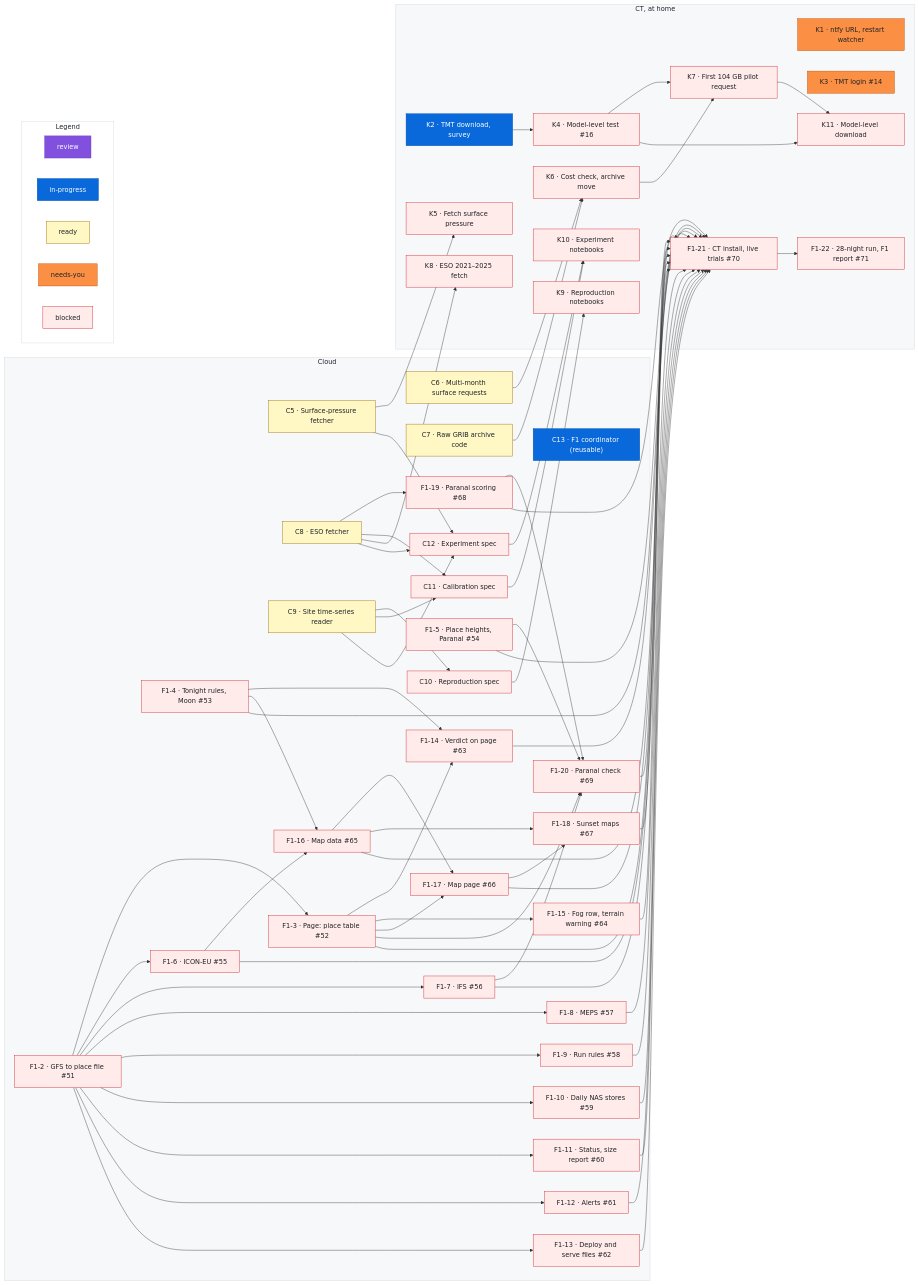
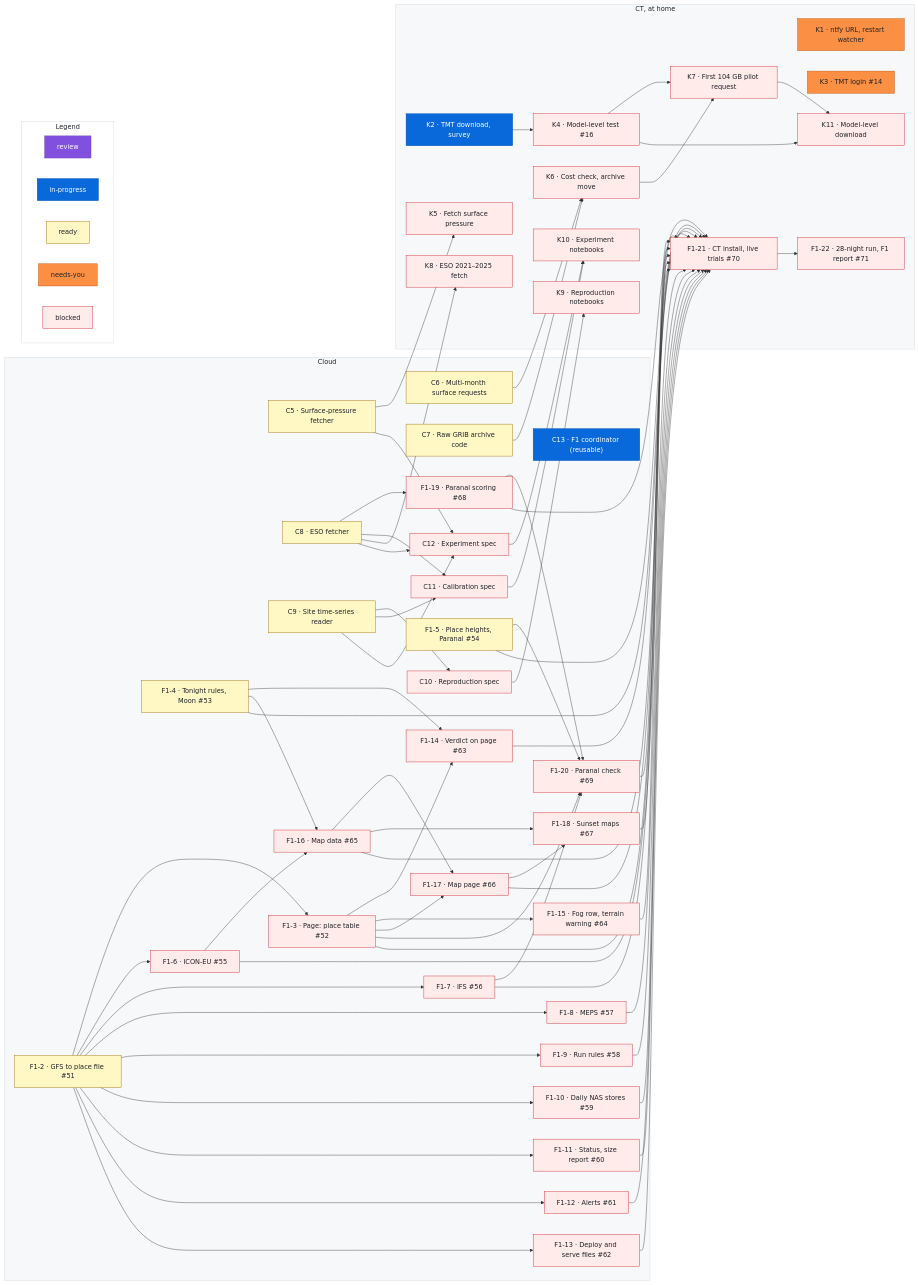
Before and after one commit to rrweller/Astro-seeing: the diagram in docs/roadmap.md, drawn with Mermaid. The commit also changed other lines of this file, not shown here.

Commit message:
roadmap: sweep (F1-2 ready, F1-4 ready, F1-5 ready)

```diff
--- a/docs/roadmap.md
+++ b/docs/roadmap.md
@@ -244,13 +244,13 @@
   %% ---
   class C13 inprogress
   %% ---
-  class F1_2 blocked
+  class F1_2 ready
   %% ---
   class F1_3 blocked
   %% ---
-  class F1_4 blocked
+  class F1_4 ready
   %% ---
-  class F1_5 blocked
+  class F1_5 ready
   %% ---
   class F1_6 blocked
   %% ---
```
